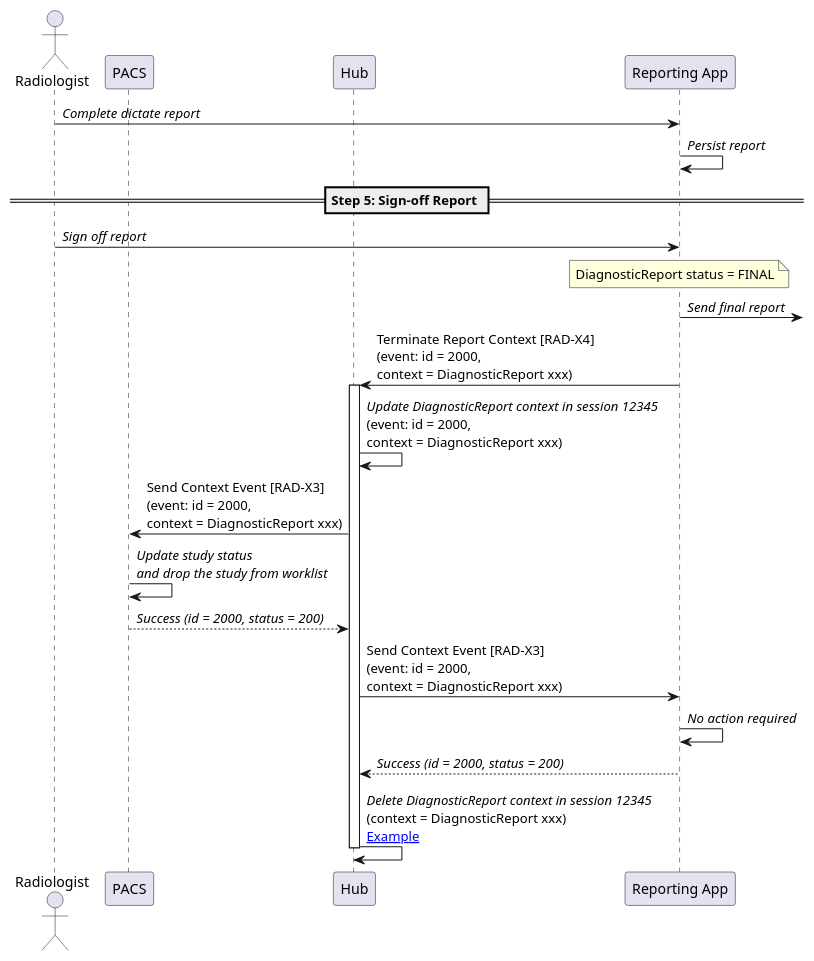
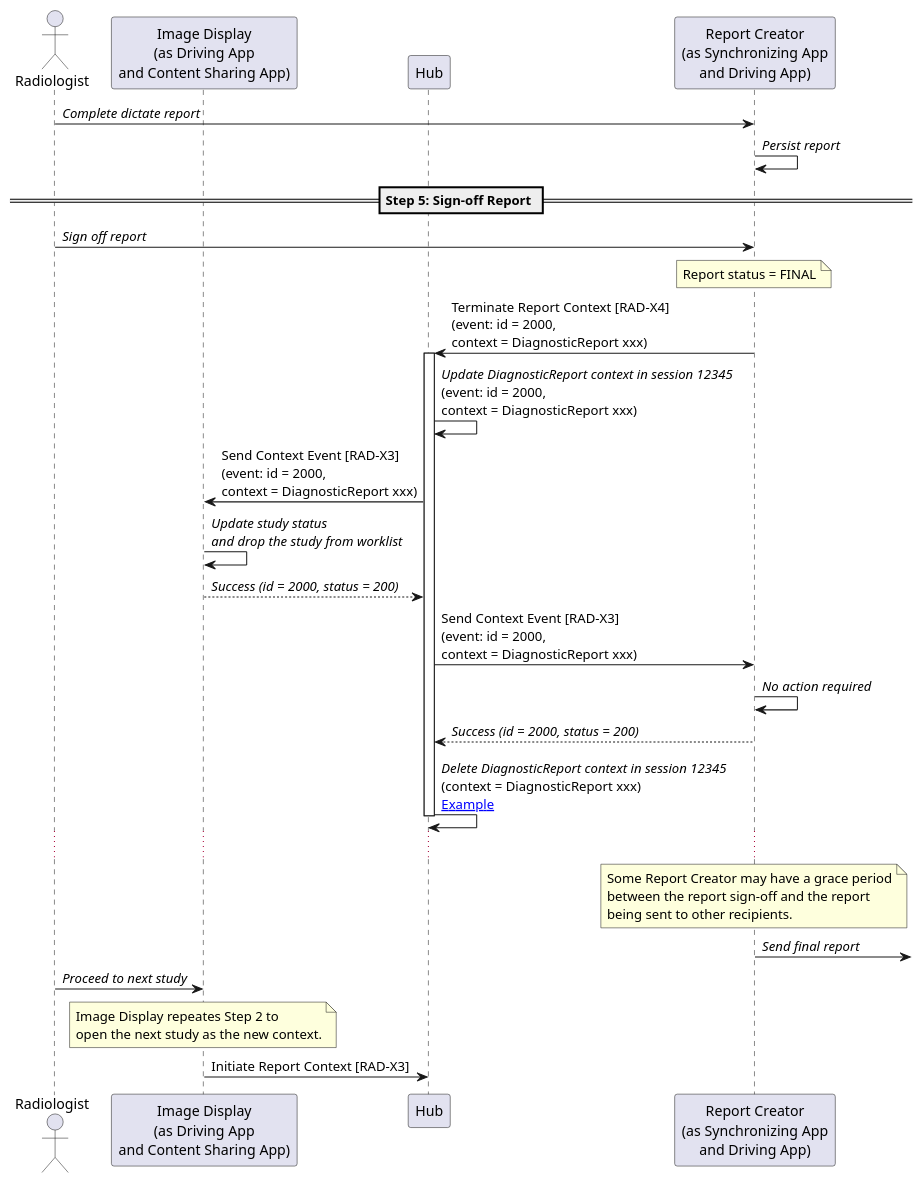
The diagram in input/images-source/step5-signoff-report.plantuml (IHE/RAD.IRA), drawn with PlantUML before and after one commit. The commit also changed 9 other files, not shown here.

Commit message:
Updated actor to be Image Display and Report Creator. Also indicates what type of application they are grouped to.

```diff
--- a/input/images-source/step5-signoff-report.plantuml
+++ b/input/images-source/step5-signoff-report.plantuml
@@ -1,35 +1,49 @@
 @startuml
 
 actor Radiologist as User
-participant "PACS" as PACS
+participant "Image Display\n(as Driving App\nand Content Sharing App)" as PACS
 participant "Hub" as Hub
-participant "Reporting App" as Report
+participant "Report Creator\n(as Synchronizing App\nand Driving App)" as Report
 
 User->Report: //Complete dictate report//
 Report->Report: //Persist report//
 
 == Step 5: Sign-off Report ==
 
 User->Report: //Sign off report//
 note over Report
-DiagnosticReport status = FINAL
+Report status = FINAL
 end note
-
-Report->: //Send final report//
 
 Report->Hub: Terminate Report Context [RAD-X4]\n(event: id = 2000,\ncontext = DiagnosticReport xxx)
 activate Hub
 
 Hub->Hub: //Update DiagnosticReport context in session 12345//\n(event: id = 2000,\ncontext = DiagnosticReport xxx)
 
 Hub->PACS: Send Context Event [RAD-X3]\n(event: id = 2000,\ncontext = DiagnosticReport xxx)
 PACS->PACS: //Update study status//\n//and drop the study from worklist//
 PACS-->Hub: //Success (id = 2000, status = 200)//
 Hub->Report: Send Context Event [RAD-X3]\n(event: id = 2000,\ncontext = DiagnosticReport xxx)
 Report->Report: //No action required//
 Report-->Hub: //Success (id = 2000, status = 200)//
 
 Hub->Hub: //Delete DiagnosticReport context in session 12345//\n(context = DiagnosticReport xxx)\n[[close_study_after_signoff.html#available-context-and-content-in-hub Example]]
 deactivate Hub
 
+...
+note over Report
+Some Report Creator may have a grace period
+between the report sign-off and the report
+being sent to other recipients.
+end note
+Report->: //Send final report//
+
+User->PACS: //Proceed to next study//
+
+note over PACS
+Image Display repeates Step 2 to
+open the next study as the new context.
+end note
+PACS->Hub: Initiate Report Context [RAD-X3]
+
 @enduml
```
